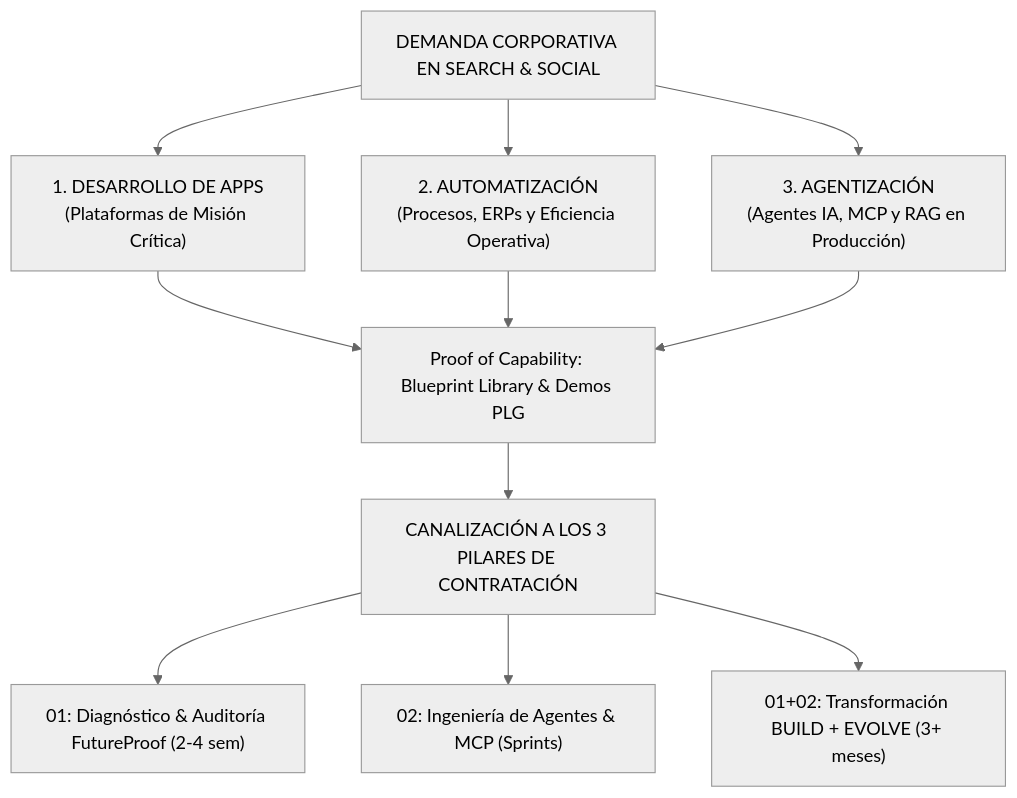
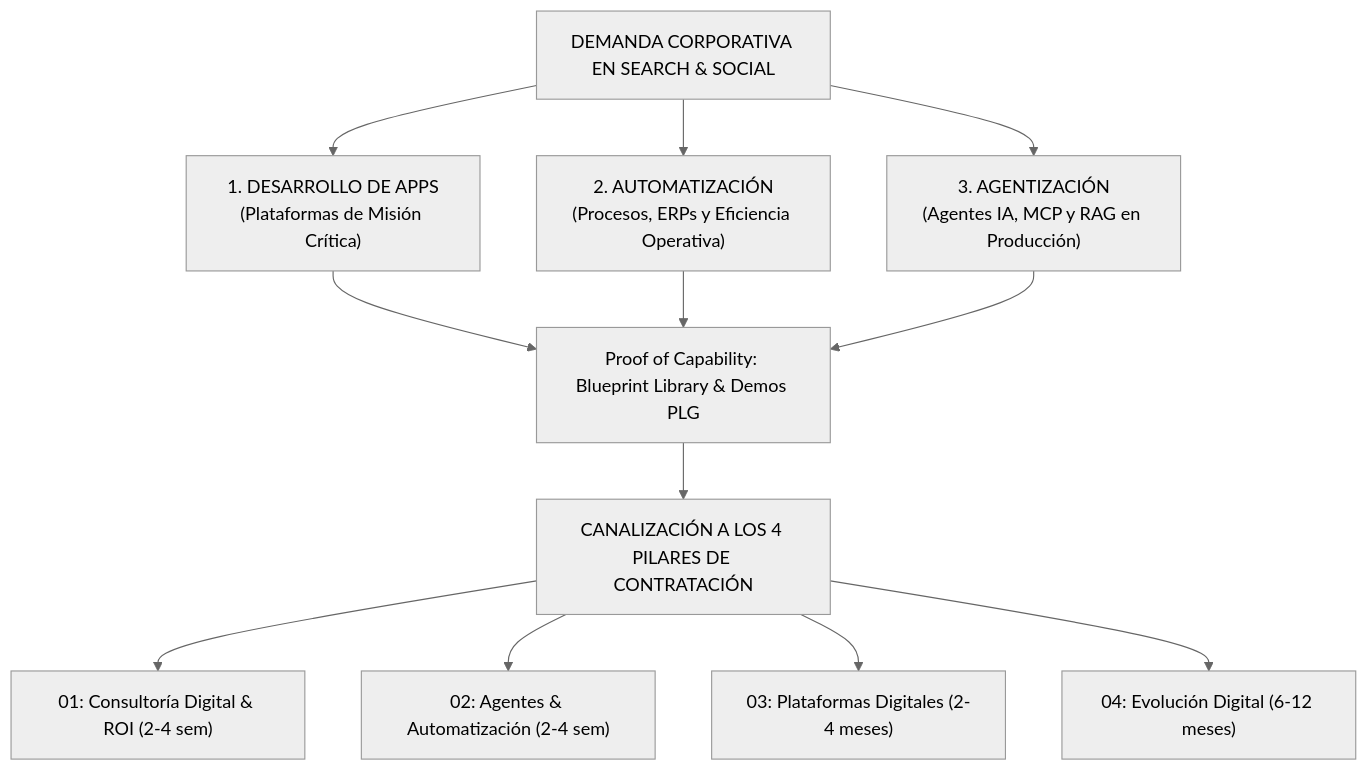
One commit to jahflavio/bluepixel changed the diagram in 02_Estrategia_B2B/ESTRATEGIA_PAUTA_Y_CAMPAÑAS_ADS_2026.md. Above: the diagram before and after it, drawn with Mermaid (neutral theme). The commit also changed other lines of this file and 12 other files, not shown here.

````diff
--- a/02_Estrategia_B2B/ESTRATEGIA_PAUTA_Y_CAMPAÑAS_ADS_2026.md
+++ b/02_Estrategia_B2B/ESTRATEGIA_PAUTA_Y_CAMPAÑAS_ADS_2026.md
@@ -16,15 +16,16 @@
 ```mermaid
 graph TD
     A["DEMANDA CORPORATIVA EN SEARCH & SOCIAL"] --> B["1. DESARROLLO DE APPS<br/>(Plataformas de Misión Crítica)"]
     A --> C["2. AUTOMATIZACIÓN<br/>(Procesos, ERPs y Eficiencia Operativa)"]
     A --> D["3. AGENTIZACIÓN<br/>(Agentes IA, MCP y RAG en Producción)"]
     
     B --> E["Proof of Capability: Blueprint Library & Demos PLG"]
     C --> E
     D --> E
     
-    E --> F["CANALIZACIÓN A LOS 3 PILARES DE CONTRATACIÓN"]
-    F --> G["01: Diagnóstico & Auditoría FutureProof (2-4 sem)"]
-    F --> H["02: Ingeniería de Agentes & MCP (Sprints)"]
-    F --> I["01+02: Transformación BUILD + EVOLVE (3+ meses)"]
+    E --> F["CANALIZACIÓN A LOS 4 PILARES DE CONTRATACIÓN"]
+    F --> G["01: Consultoría Digital & ROI (2-4 sem)"]
+    F --> H["02: Agentes & Automatización (2-4 sem)"]
+    F --> I["03: Plataformas Digitales (2-4 meses)"]
+    F --> J["04: Evolución Digital (6-12 meses)"]
 ```
````
